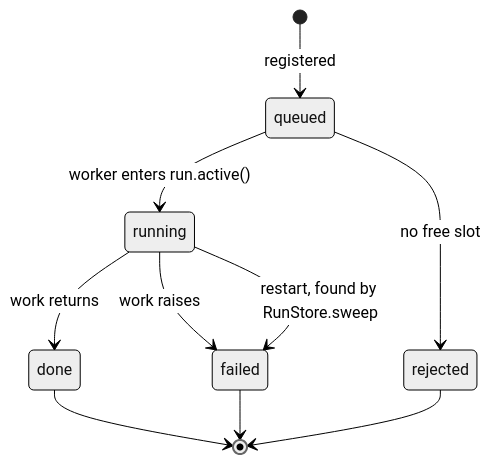
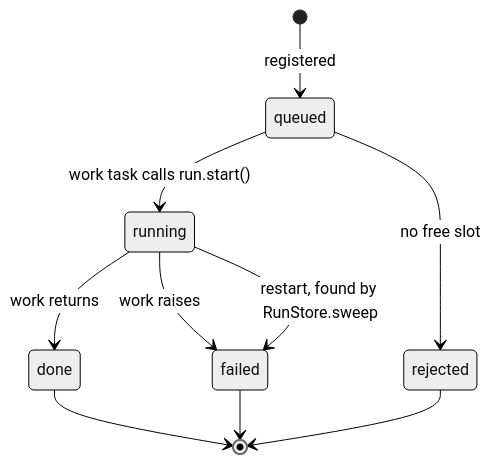
The third of 5 diagrams in docs/architecture.md (brewcoua/kvasir), drawn with Mermaid (neutral theme) before and after one commit. The commit also changed other lines of this file, not shown here.

Commit message:
docs: describe the Rust service in the architecture page

````diff
--- a/docs/architecture.md
+++ b/docs/architecture.md
@@ -142,12 +148,12 @@
 ```mermaid
 stateDiagram-v2
     [*] --> queued: registered
     queued --> rejected: no free slot
-    queued --> running: worker enters run.active()
+    queued --> running: work task calls run.start()
     running --> done: work returns
     running --> failed: work raises
     running --> failed: restart, found by RunStore.sweep
     done --> [*]
     failed --> [*]
     rejected --> [*]
 ```
````
